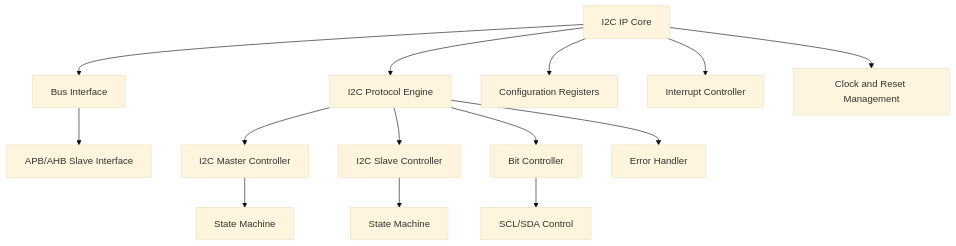
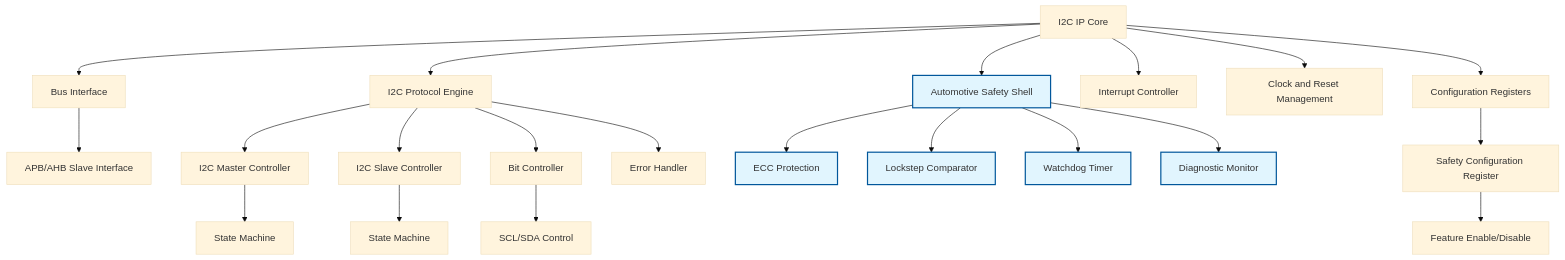
One commit to pnssrikanth/low_speed_io changed the first of 3 diagrams in i2c_ip/docs/arch_spec/architecture_overview.md. Above: the diagram before and after it, drawn with Mermaid (base theme). The commit also changed other lines of this file and 8 other files, not shown here.

Commit message:
Make automotive support configurable: add synthesis/runtime parameters, conditional compilation, area/power savings estimates, and configuration testing for optimal resource usage in non-automotive applications

````diff
--- a/i2c_ip/docs/arch_spec/architecture_overview.md
+++ b/i2c_ip/docs/arch_spec/architecture_overview.md
@@ -7,18 +7,31 @@
 ```mermaid
 graph TB
     A[I2C IP Core] --> B[Bus Interface]
     A --> C[I2C Protocol Engine]
     A --> D[Configuration Registers]
     A --> E[Interrupt Controller]
     A --> F[Clock and Reset Management]
 
     B --> G[APB/AHB Slave Interface]
     C --> H[I2C Master Controller]
     C --> I[I2C Slave Controller]
     C --> J[Bit Controller]
     C --> K[Error Handler]
 
     H --> L[State Machine]
     I --> M[State Machine]
     J --> N[SCL/SDA Control]
+
+    %% Optional Automotive Blocks
+    A --> O[Automotive Safety Shell]:::optional
+    O --> P[ECC Protection]:::optional
+    O --> Q[Lockstep Comparator]:::optional
+    O --> R[Watchdog Timer]:::optional
+    O --> S[Diagnostic Monitor]:::optional
+
+    classDef optional fill:#e1f5fe,stroke:#01579b,stroke-width:2px
+
+    %% Configuration Control
+    D --> T[Safety Configuration Register]
+    T --> U[Feature Enable/Disable]
 ```
````
